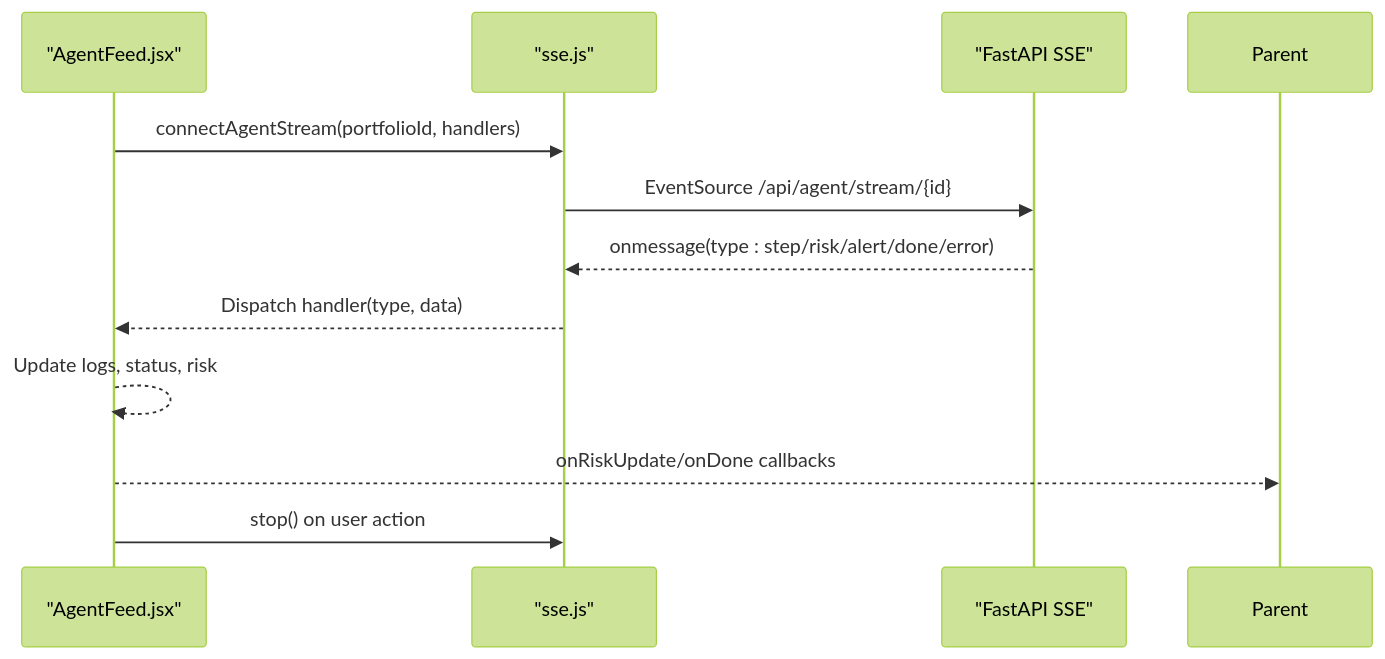
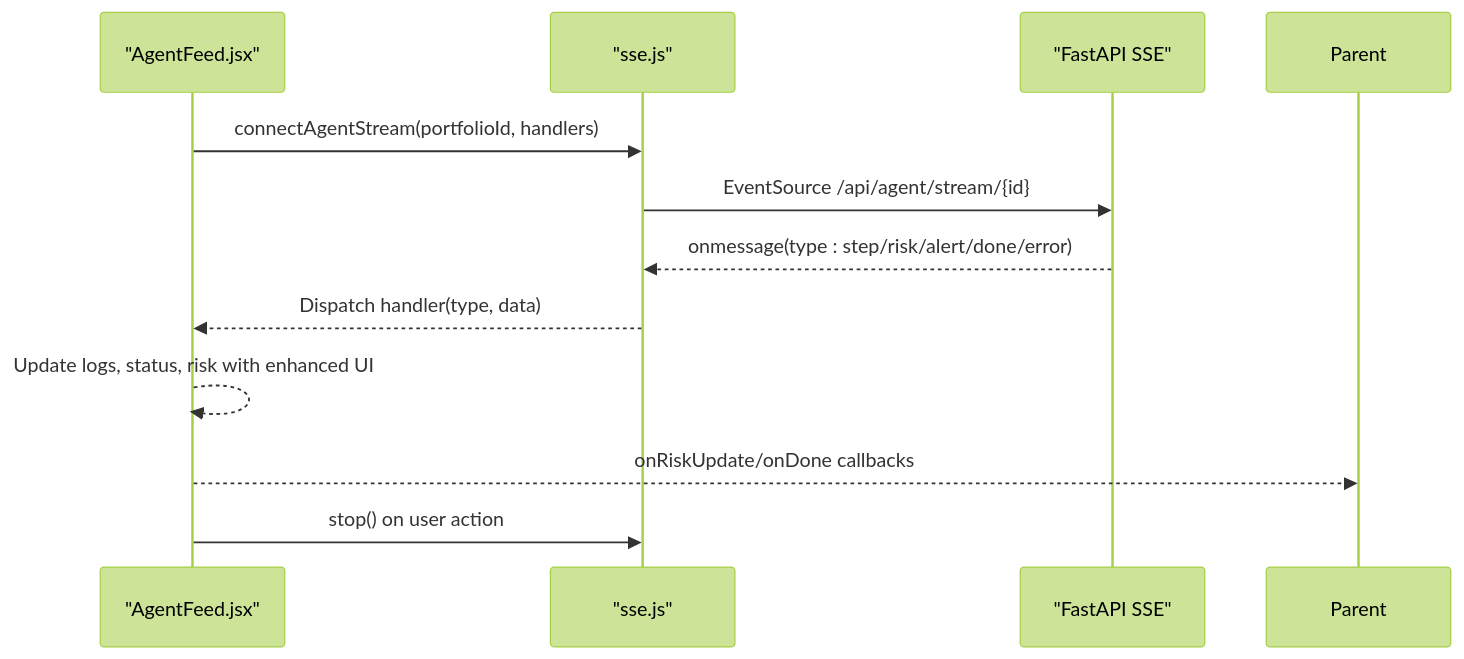
The sixth of 10 diagrams in .qoder/repowiki/en/content/Frontend Architecture/React Application Structure.md (ishwarambare/ishwarambare-app), drawn with Mermaid (forest theme) before and after one commit. The commit also changed other lines of this file and 4 other files, not shown here.

````diff
--- a/.qoder/repowiki/en/content/Frontend Architecture/React Application Structure.md
+++ b/.qoder/repowiki/en/content/Frontend Architecture/React Application Structure.md
@@ -268,13 +312,13 @@
 ```mermaid
 sequenceDiagram
 participant Feed as "AgentFeed.jsx"
 participant SSE as "sse.js"
 participant Backend as "FastAPI SSE"
 Feed->>SSE : connectAgentStream(portfolioId, handlers)
 SSE->>Backend : EventSource /api/agent/stream/{id}
 Backend-->>SSE : onmessage(type : step/risk/alert/done/error)
 SSE-->>Feed : Dispatch handler(type, data)
-Feed-->>Feed : Update logs, status, risk
+Feed-->>Feed : Update logs, status, risk with enhanced UI
 Feed-->>Parent : onRiskUpdate/onDone callbacks
 Feed->>SSE : stop() on user action
 ```
````
